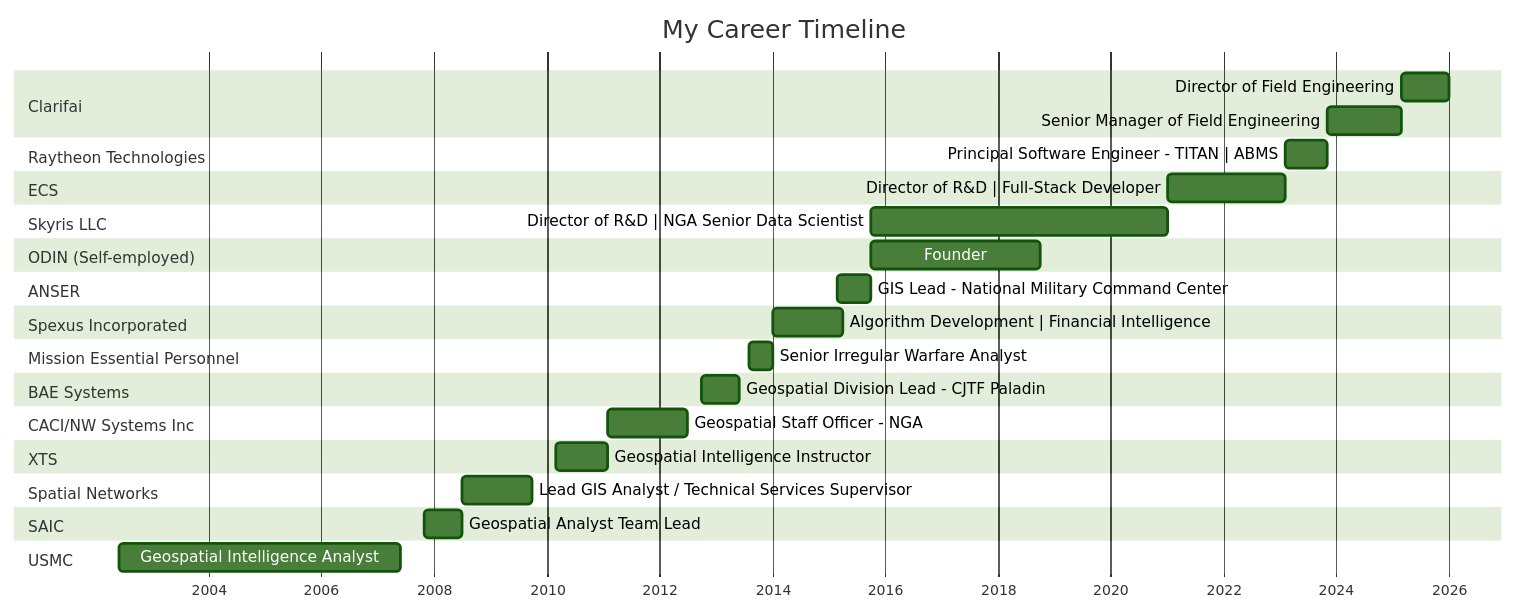
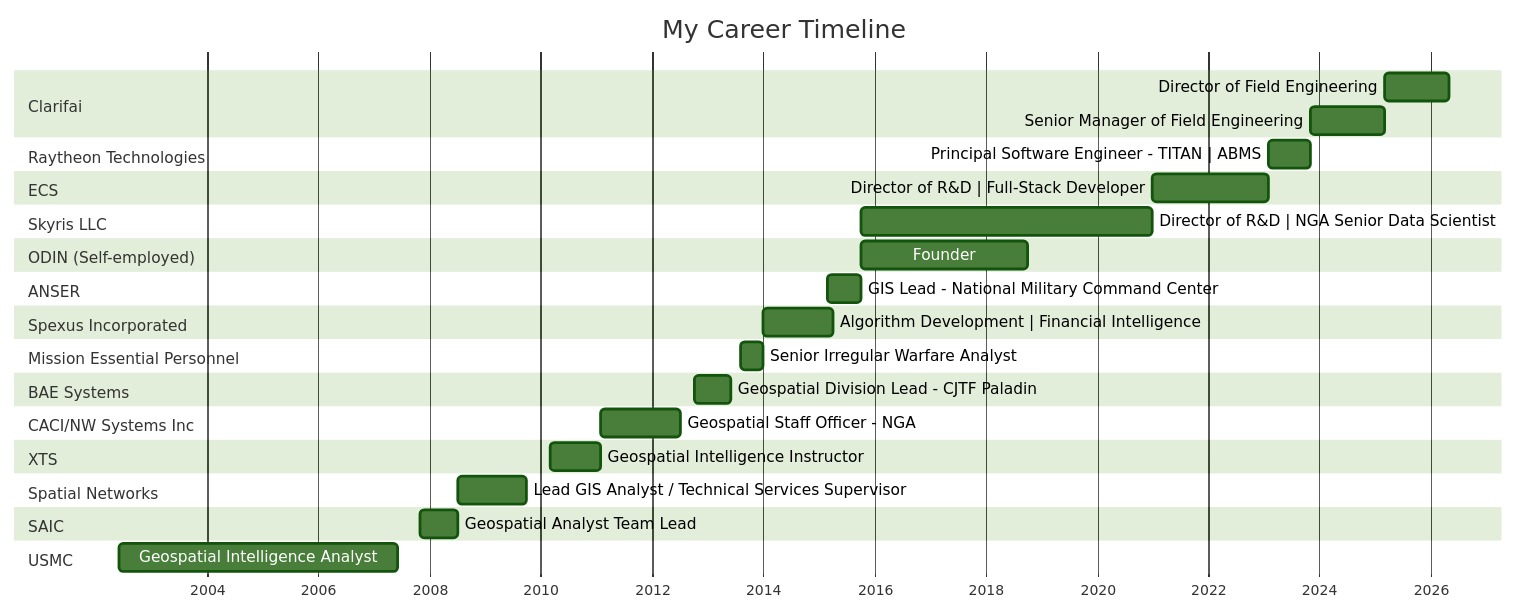
The diagram in README.md (muldercw/muldercw), drawn with Mermaid (forest theme) before and after one commit.

Commit message:
Update end date for Director of Field Engineering

````diff
--- a/README.md
+++ b/README.md
@@ -35,49 +35,49 @@
 ```mermaid
 gantt
     dateFormat  YYYY-MM
     axisFormat  %Y
     title       My Career Timeline
 
     section Clarifai
-    Director of Field Engineering          :2025-03, 2026-01
+    Director of Field Engineering          :2025-03, 2026-05
     Senior Manager of Field Engineering    :2023-11, 2025-03
 
     section Raytheon Technologies
     Principal Software Engineer - TITAN | ABMS :2023-02, 2023-11
 
     section ECS
     Director of R&D | Full-Stack Developer :2021-01, 2023-02
 
     section Skyris LLC
     Director of R&D | NGA Senior Data Scientist :2015-10, 2021-01
 
     section ODIN (Self-employed)
     Founder                                :2015-10, 2018-10
 
     section ANSER
     GIS Lead - National Military Command Center :2015-03, 2015-10
 
     section Spexus Incorporated
     Algorithm Development | Financial Intelligence :2014-01, 2015-04
 
     section Mission Essential Personnel
     Senior Irregular Warfare Analyst       :2013-08, 2014-01
 
     section BAE Systems
     Geospatial Division Lead - CJTF Paladin :2012-10, 2013-06
 
     section CACI/NW Systems Inc
     Geospatial Staff Officer - NGA         :2011-02, 2012-07
 
     section XTS
     Geospatial Intelligence Instructor     :2010-03, 2011-02
 
     section Spatial Networks
     Lead GIS Analyst / Technical Services Supervisor :2008-07, 2009-10
 
     section SAIC
     Geospatial Analyst Team Lead           :2007-11, 2008-07
 
     section USMC
     Geospatial Intelligence Analyst        :2002-06, 2007-06
 ```
````
